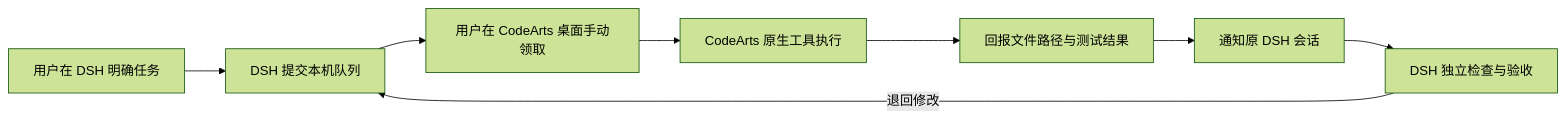
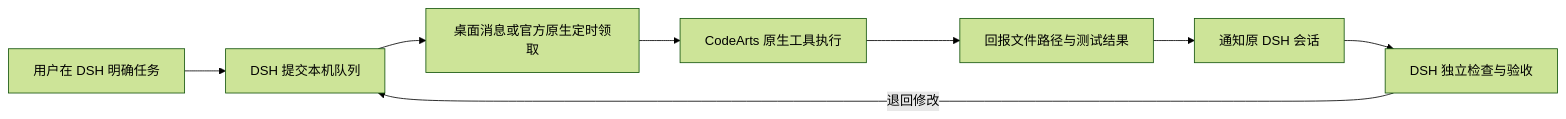
One commit to hsajdh/dsh-codearts-task-queue changed the diagram in README.md. Above: the diagram before and after it, drawn with Mermaid (forest theme). The commit also changed other lines of this file and 10 other files, not shown here.

Commit message:
feat: support native CodeArts scheduled task pickup

````diff
--- a/README.md
+++ b/README.md
@@ -9,10 +9,10 @@
 ```mermaid
 flowchart LR
     U[用户在 DSH 明确任务] --> D[DSH 提交本机队列]
-    D --> C[用户在 CodeArts 桌面手动领取]
+    D --> C[桌面消息或官方原生定时领取]
     C --> W[CodeArts 原生工具执行]
     W --> F[回报文件路径与测试结果]
     F --> N[通知原 DSH 会话]
     N --> R[DSH 独立检查与验收]
     R -->|退回修改| D
 ```
````
